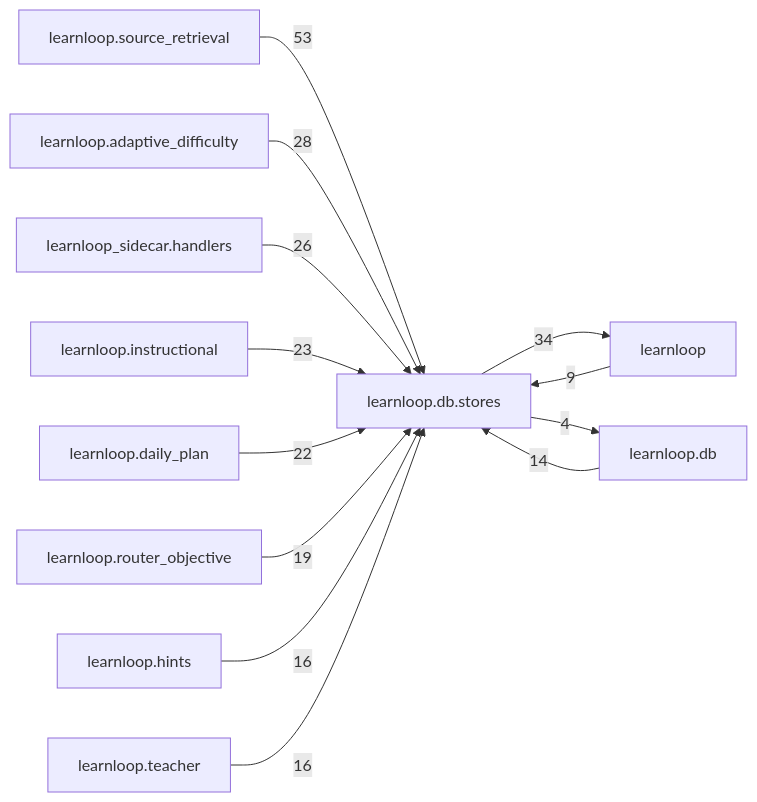
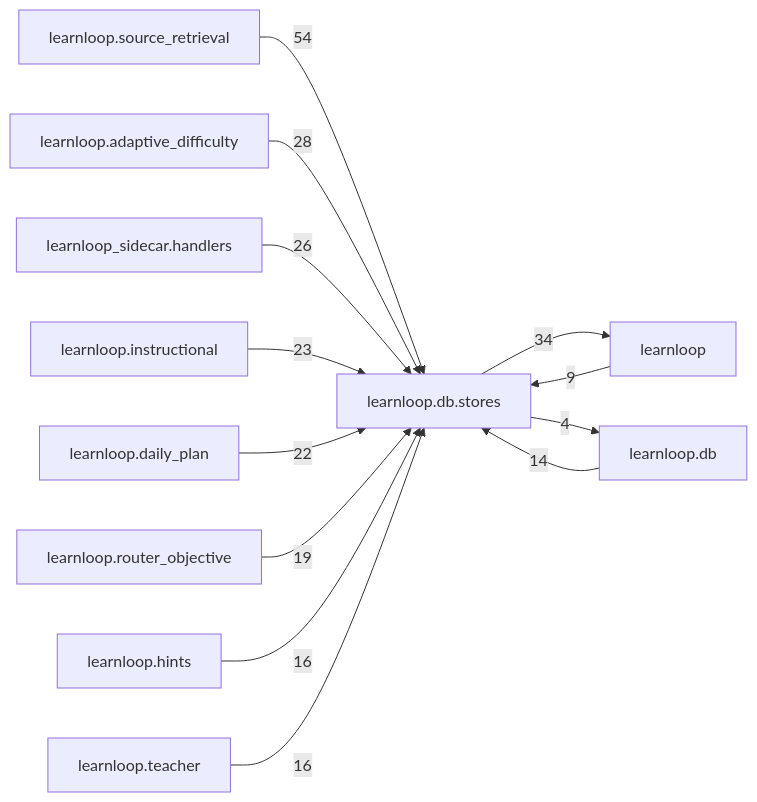
One commit to 6up-b/learnanything changed the diagram in docs/learnloop-architecture-vault/Reference/Modules/learnloop/db/stores/_package.md. Above: the diagram before and after it, drawn with Mermaid. The commit also changed other lines of this file and 48 other files, not shown here.

````diff
--- a/docs/learnloop-architecture-vault/Reference/Modules/learnloop/db/stores/_package.md
+++ b/docs/learnloop-architecture-vault/Reference/Modules/learnloop/db/stores/_package.md
@@ -219,26 +219,26 @@
 ```mermaid
 flowchart LR
     center["learnloop.db.stores"]
     n_learnloop_source_retrieval["learnloop.source_retrieval"]
     n_learnloop["learnloop"]
     n_learnloop_adaptive_difficulty["learnloop.adaptive_difficulty"]
     n_learnloop_sidecar_handlers["learnloop_sidecar.handlers"]
     n_learnloop_instructional["learnloop.instructional"]
     n_learnloop_daily_plan["learnloop.daily_plan"]
     n_learnloop_router_objective["learnloop.router_objective"]
     n_learnloop_db["learnloop.db"]
     n_learnloop_hints["learnloop.hints"]
     n_learnloop_teacher["learnloop.teacher"]
-    n_learnloop_source_retrieval -->|53| center
+    n_learnloop_source_retrieval -->|54| center
     n_learnloop -->|9| center
     center -->|34| n_learnloop
     n_learnloop_adaptive_difficulty -->|28| center
     n_learnloop_sidecar_handlers -->|26| center
     n_learnloop_instructional -->|23| center
     n_learnloop_daily_plan -->|22| center
     n_learnloop_router_objective -->|19| center
     n_learnloop_db -->|14| center
     center -->|4| n_learnloop_db
     n_learnloop_hints -->|16| center
     n_learnloop_teacher -->|16| center
 ```
````
